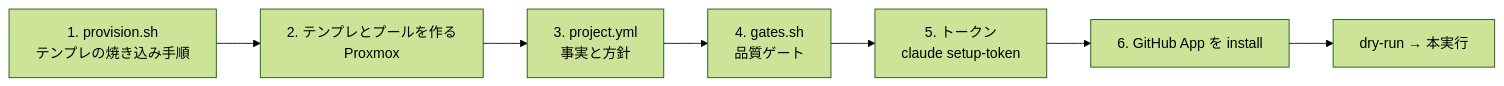
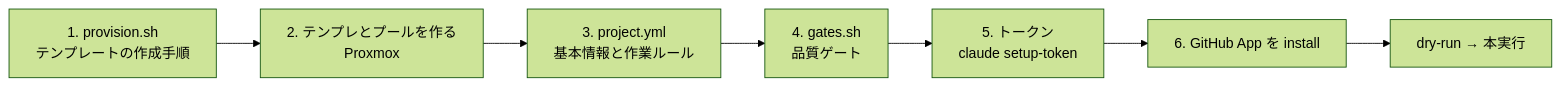
The diagram in website/content/ja/guides/add-project.md (akkijp-oss/aifactory), drawn with Mermaid (forest theme) before and after one commit. The commit also changed other lines of this file and 40 other files, not shown here.

````diff
--- a/website/content/ja/guides/add-project.md
+++ b/website/content/ja/guides/add-project.md
@@ -7,9 +9,9 @@
 ```mermaid
 flowchart LR
-  A[1. provision.sh<br>テンプレの焼き込み手順] --> B[2. テンプレとプールを作る<br>Proxmox]
-  B --> C[3. project.yml<br>事実と方針]
+  A[1. provision.sh<br>テンプレートの作成手順] --> B[2. テンプレとプールを作る<br>Proxmox]
+  B --> C[3. project.yml<br>基本情報と作業ルール]
   C --> D[4. gates.sh<br>品質ゲート]
   D --> E[5. トークン<br>claude setup-token]
   E --> F[6. GitHub App を install]
   F --> G[dry-run → 本実行]
 ```
````
